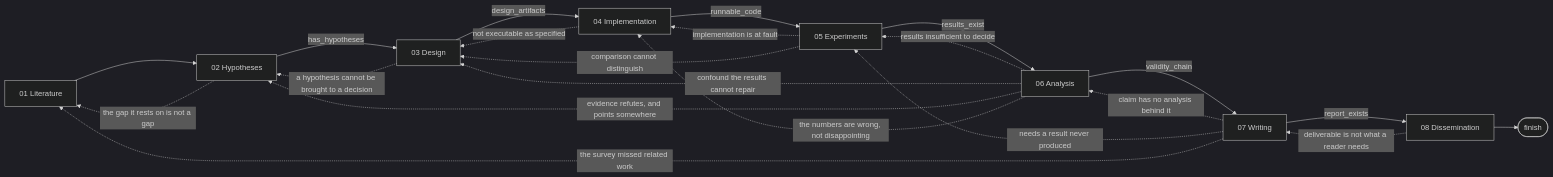
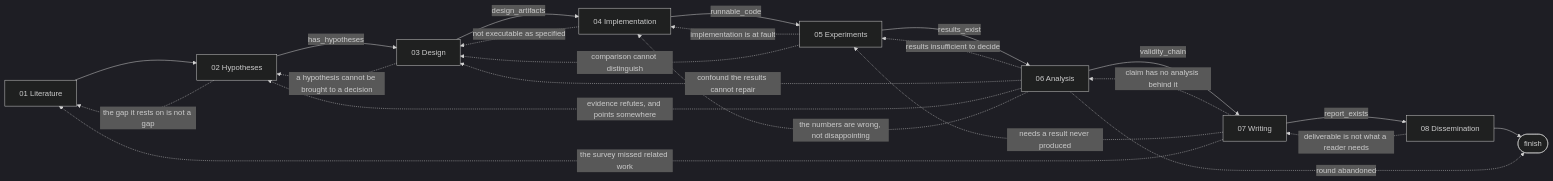
Before and after one commit to tangxiangru/AutoR: the first of 2 diagrams in README.md, drawn with Mermaid (dark theme). The commit also changed other lines of this file and 7 other files, not shown here.

````diff
--- a/README.md
+++ b/README.md
@@ -423,25 +255,26 @@
 ```mermaid
 flowchart LR
     S1[01 Literature] --> S2[02 Hypotheses]
     S2 -->|has_hypotheses| S3[03 Design]
     S3 -->|design_artifacts| S4[04 Implementation]
     S4 -->|runnable_code| S5[05 Experiments]
     S5 -->|results_exist| S6[06 Analysis]
     S6 -->|validity_chain| S7[07 Writing]
     S7 -->|report_exists| S8[08 Dissemination]
     S8 --> Z([finish])
+    S6 -.->|round abandoned| Z
 
     S2 -.->|the gap it rests on is not a gap| S1
     S3 -.->|a hypothesis cannot be brought to a decision| S2
     S4 -.->|not executable as specified| S3
     S5 -.->|implementation is at fault| S4
     S5 -.->|comparison cannot distinguish| S3
     S6 -.->|results insufficient to decide| S5
     S6 -.->|confound the results cannot repair| S3
     S6 -.->|evidence refutes, and points somewhere| S2
     S6 -.->|the numbers are wrong, not disappointing| S4
     S7 -.->|claim has no analysis behind it| S6
     S7 -.->|needs a result never produced| S5
     S7 -.->|the survey missed related work| S1
     S8 -.->|deliverable is not what a reader needs| S7
 ```
````
